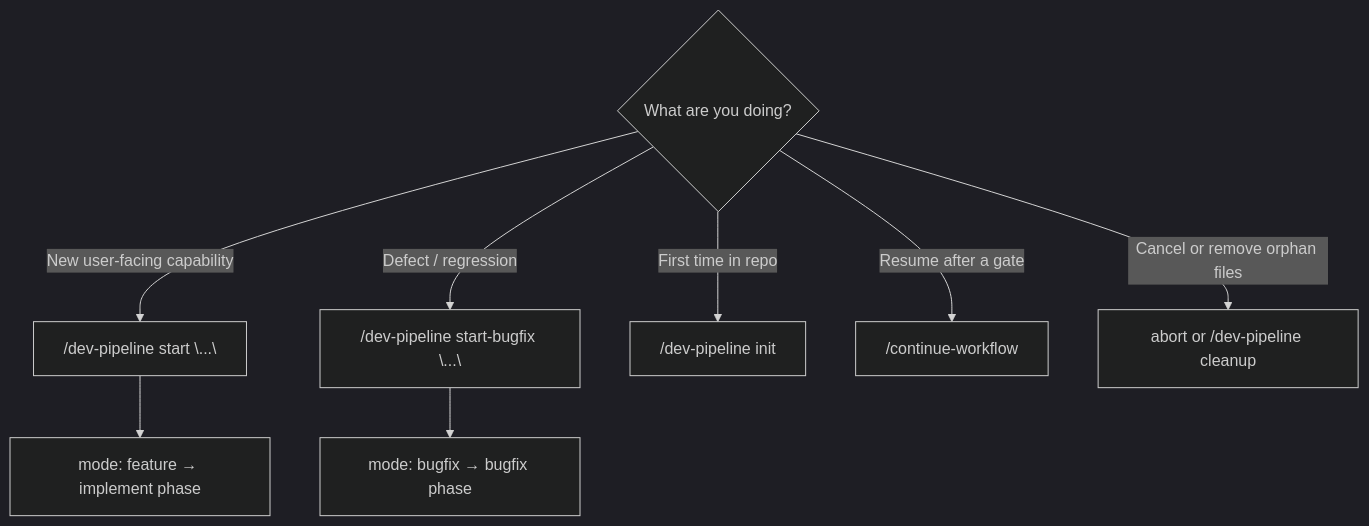
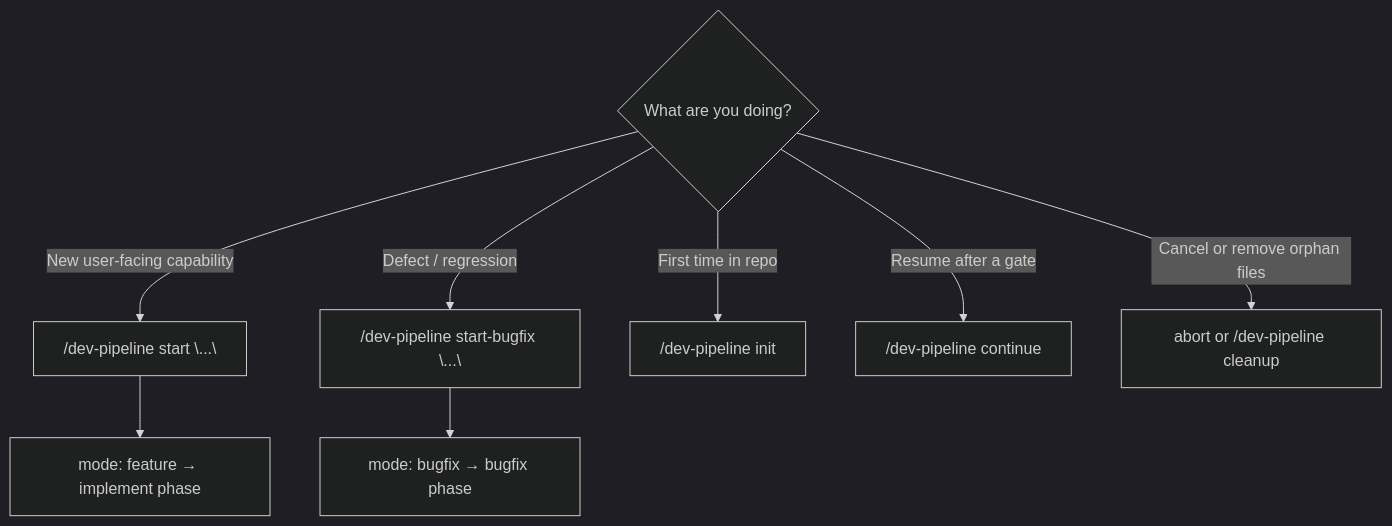
One commit to D-Andreev/ai-workflow changed the first of 2 diagrams in README.md. Above: the diagram before and after it, drawn with Mermaid (dark theme). The commit also changed other lines of this file and 10 other files, not shown here.

````diff
--- a/README.md
+++ b/README.md
@@ -31,12 +30,12 @@
 ```mermaid
 flowchart TD
     q{What are you doing?}
     q -->|New user-facing capability| feature["/dev-pipeline start \"...\""]
     q -->|Defect / regression| bugfix["/dev-pipeline start-bugfix \"...\""]
     q -->|First time in repo| init["/dev-pipeline init"]
-    q -->|Resume after a gate| cont["/continue-workflow"]
+    q -->|Resume after a gate| cont["/dev-pipeline continue"]
     q -->|Cancel or remove orphan files| clean["abort or /dev-pipeline cleanup"]
 
     feature --> mode_feature[mode: feature → implement phase]
     bugfix --> mode_bug[mode: bugfix → bugfix phase]
 ```
````
